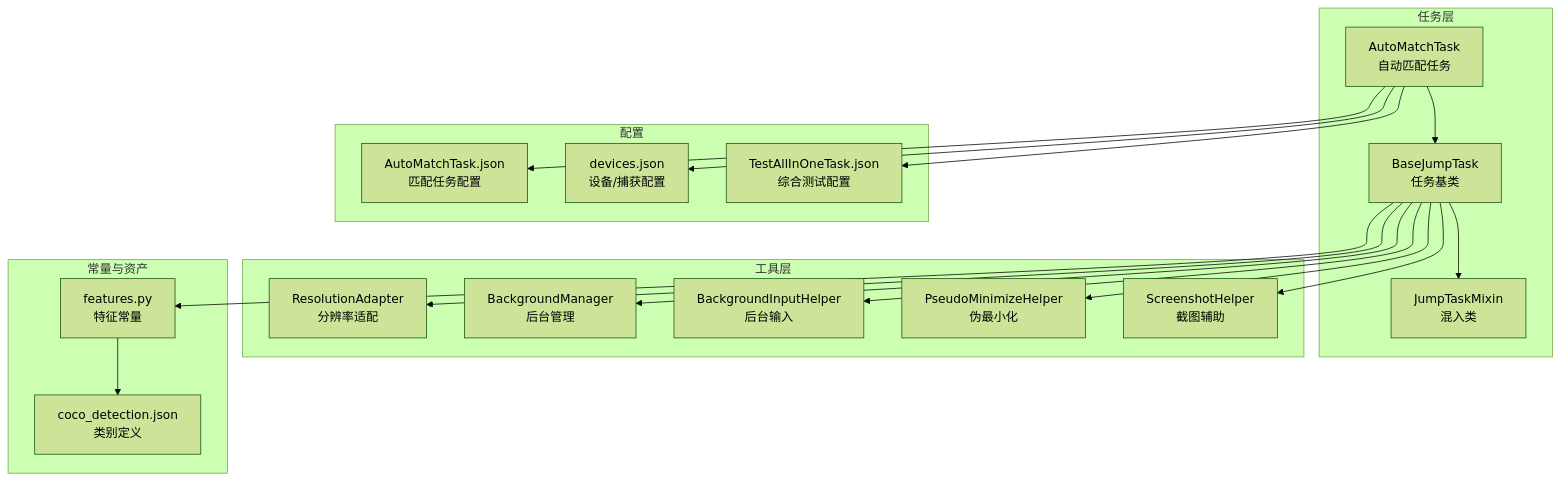
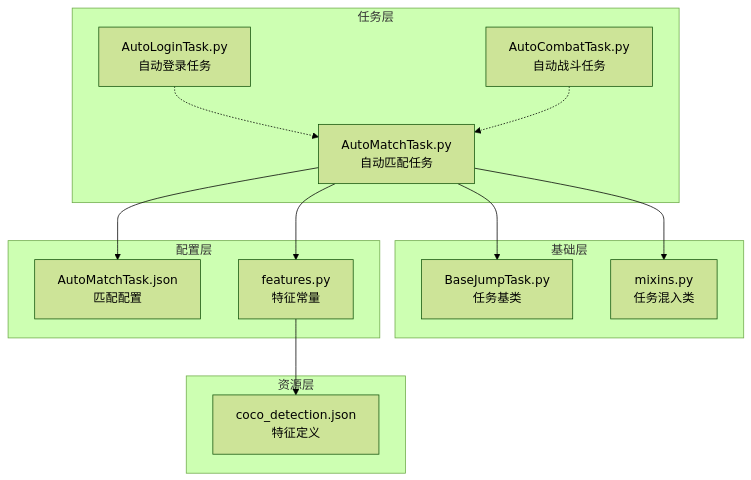
Before and after one commit to xsy098-max/ok-jump: the first of 7 diagrams in .qoder/repowiki/zh/content/任务系统/自动匹配任务.md, drawn with Mermaid (forest theme). The commit also changed other lines of this file and 216 other files, not shown here.

````diff
--- a/.qoder/repowiki/zh/content/任务系统/自动匹配任务.md
+++ b/.qoder/repowiki/zh/content/任务系统/自动匹配任务.md
@@ -49,36 +36,26 @@
 ```mermaid
 graph TB
 subgraph "任务层"
-AMT["AutoMatchTask<br/>自动匹配任务"]
-BJT["BaseJumpTask<br/>任务基类"]
-MIX["JumpTaskMixin<br/>混入类"]
+AMT[AutoMatchTask.py<br/>自动匹配任务]
+ALT[AutoLoginTask.py<br/>自动登录任务]
+ACT[AutoCombatTask.py<br/>自动战斗任务]
 end
-subgraph "工具层"
-RA["ResolutionAdapter<br/>分辨率适配"]
-BM["BackgroundManager<br/>后台管理"]
-BIH["BackgroundInputHelper<br/>后台输入"]
-PMH["PseudoMinimizeHelper<br/>伪最小化"]
-SH["ScreenshotHelper<br/>截图辅助"]
+subgraph "基础层"
+BJT[BaseJumpTask.py<br/>任务基类]
+MIX[mixins.py<br/>任务混入类]
 end
-subgraph "常量与资产"
-F["features.py<br/>特征常量"]
-CD["coco_detection.json<br/>类别定义"]
+subgraph "配置层"
+AMC[AutoMatchTask.json<br/>匹配配置]
+FEA[features.py<br/>特征常量]
 end
-subgraph "配置"
-AMC["AutoMatchTask.json<br/>匹配任务配置"]
-DEV["devices.json<br/>设备/捕获配置"]
-TAIO["TestAllInOneTask.json<br/>综合测试配置"]
+subgraph "资源层"
+CDF[coco_detection.json<br/>特征定义]
 end
 AMT --> BJT
-BJT --> MIX
-BJT --> RA
-BJT --> BM
-BJT --> BIH
-BJT --> PMH
-BJT --> SH
-BJT --> F
-F --> CD
+AMT --> MIX
 AMT --> AMC
-AMT --> DEV
-AMT --> TAIO
+AMT --> FEA
+FEA --> CDF
+ALT -.-> AMT
+ACT -.-> AMT
 ```
````
